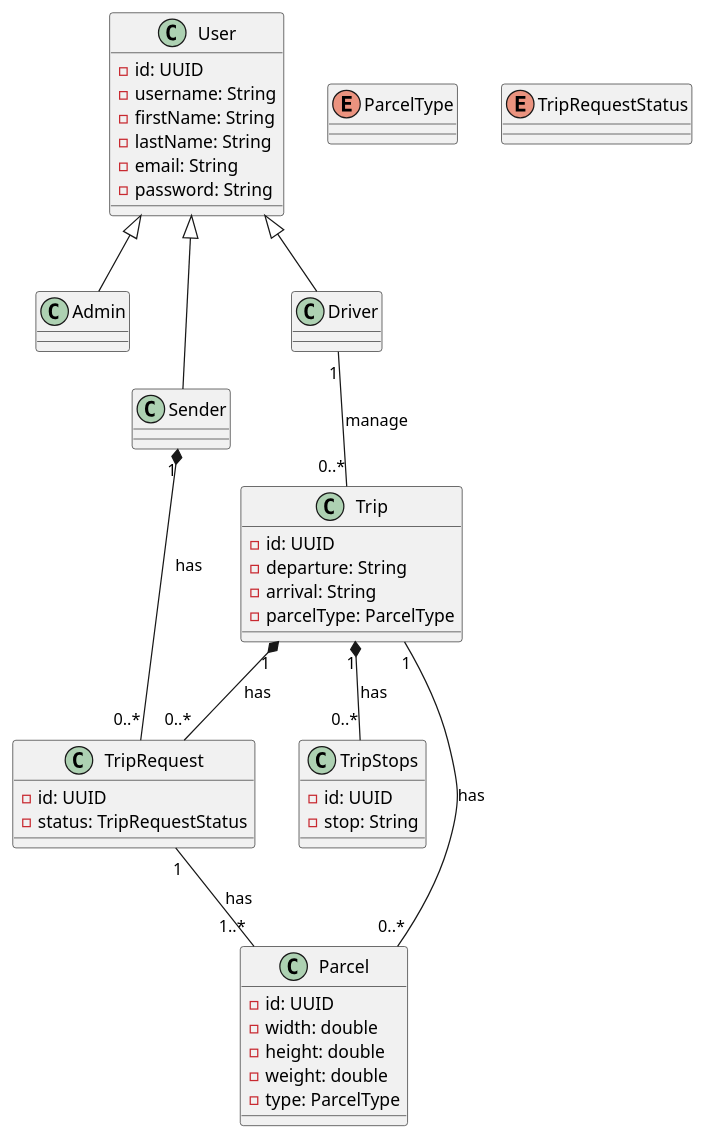
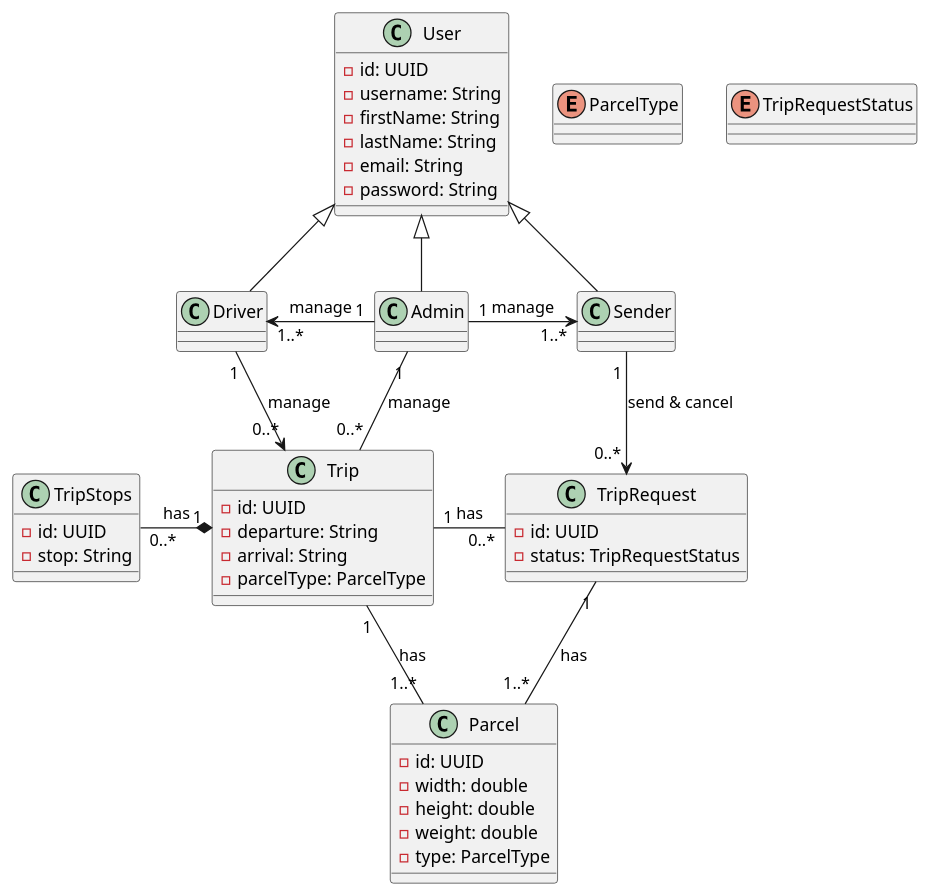
The diagram in conception/class_diagram/class_diagram.puml (Th3You7/DeliveryMatch), drawn with PlantUML before and after one commit. The commit also changed 8 other files, not shown here.

Commit message:
diagrams imgs

```diff
--- a/conception/class_diagram/class_diagram.puml
+++ b/conception/class_diagram/class_diagram.puml
@@ -1,71 +1,79 @@
 @startuml Linkup_diagramm_class
 class User {
     -id: UUID
     -username: String
     -firstName: String
     -lastName: String
     -email: String
     -password: String
 }
 
 class Admin {
  
 }
 
 class Sender {
    
 }
 
 class Driver {
 
 }
 
 class Trip {
     -id: UUID
     -departure: String
     -arrival: String
     -parcelType: ParcelType
 }
 
 class TripStops {
     -id: UUID
     -stop: String
 }
 
 class TripRequest {
     -id: UUID
     -status: TripRequestStatus
 }
 
 class Parcel {
     -id: UUID
     -width: double
     -height: double
     -weight: double
     -type: ParcelType
 
 }
 
+
 enum ParcelType {
 
 }
 
 enum TripRequestStatus {
 
 }
 
 
 User <|-- Admin
 User <|-- Driver
 User <|-- Sender
 
-Trip "1" -- "0..*" Parcel : "has"
-Trip "1" *-- "0..*" TripRequest : "has"
-Trip "1" *-- "0..*" TripStops : "has"
-Sender "1" *-- "0..*" TripRequest: "has"
+Admin "1" -left--> "1..*" Driver : "manage"
+Admin "1" -right--> "1..*" Sender : "manage"
+Admin "1" -- "0..*" Trip : "manage"
+
+Sender "1 " --> "0..* " TripRequest: "send & cancel"
+
+Driver "1" --> "0..*" Trip : "manage"
+
+
+Trip "1" -- "1..*" Parcel : "has"
+Trip "1" -right-- "0..*" TripRequest : "has"
+TripStops "0..*" -right--* "1" Trip : "has"
 TripRequest "1" -- "1..*" Parcel : "has"
-Driver "1" -- "0..*" Trip : "manage"
 
 
 
 @enduml
```
